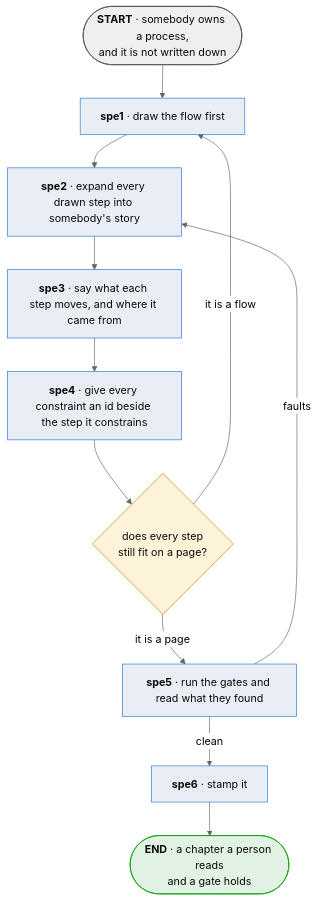
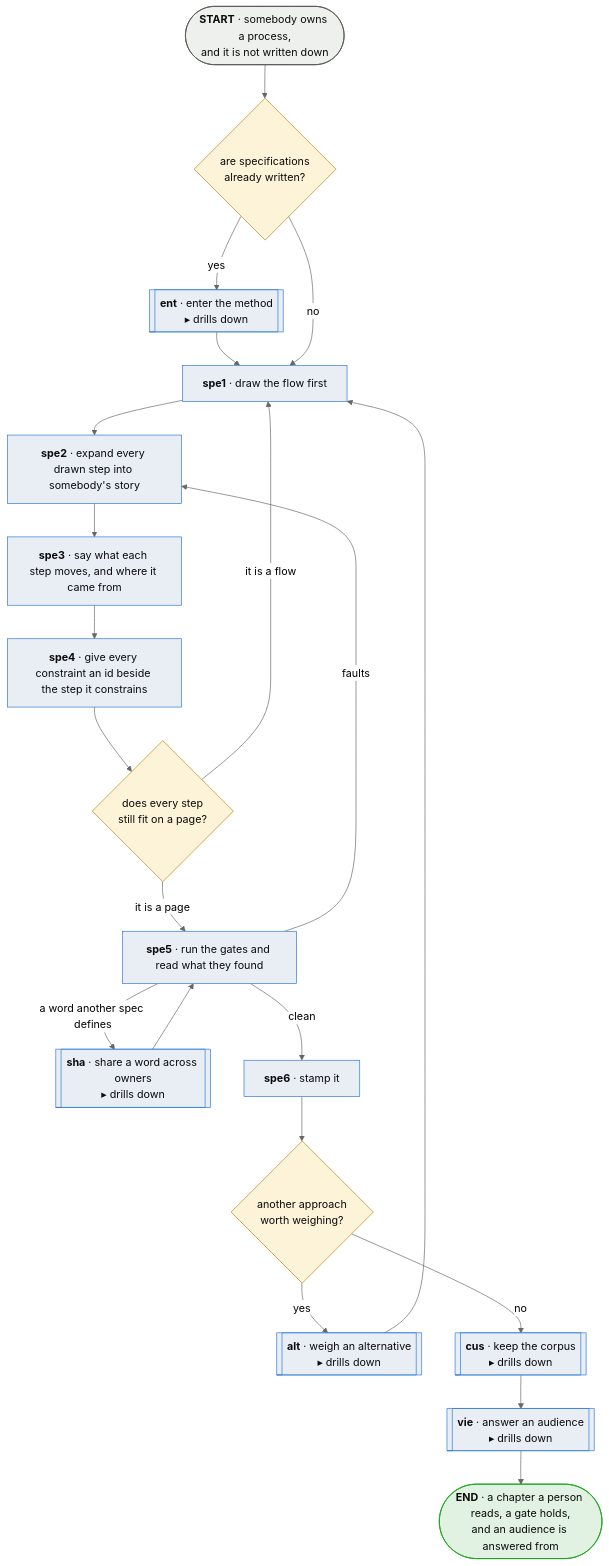
Before and after one commit to plumbspec/goldspec: the diagram in spec/diagrams/spe-specify-a-process.md, drawn with Mermaid (neutral theme). The commit also changed other lines of this file and 9 other files, not shown here.

````diff
--- a/spec/diagrams/spe-specify-a-process.md
+++ b/spec/diagrams/spe-specify-a-process.md
@@ -10,25 +14,40 @@
 ```mermaid
 flowchart TD
     IN([<b>START</b> · somebody owns a process,<br/>and it is not written down]):::terminal
+
+    EXISTQ{are specifications<br/>already written?}:::question
+    ENT[[<b>ent</b> · enter the method<br/>▸ drills down]]:::subroutine
 
     DRAW[<b>spe1</b> · draw the flow first]:::process
     STORY[<b>spe2</b> · expand every drawn step into somebody's story]:::process
     MOVES[<b>spe3</b> · say what each step moves, and where it came from]:::process
     CONSTRAIN[<b>spe4</b> · give every constraint an id beside the step it constrains]:::process
     FITS{does every step<br/>still fit on a page?}:::question
     GATE[<b>spe5</b> · run the gates and read what they found]:::process
+    SHA[[<b>sha</b> · share a word across owners<br/>▸ drills down]]:::subroutine
     STAMP[<b>spe6</b> · stamp it]:::process
+    ALTQ{another approach<br/>worth weighing?}:::question
+    ALT[[<b>alt</b> · weigh an alternative<br/>▸ drills down]]:::subroutine
+    CUS[[<b>cus</b> · keep the corpus<br/>▸ drills down]]:::subroutine
+    VIE[[<b>vie</b> · answer an audience<br/>▸ drills down]]:::subroutine
 
-    OUT([<b>END</b> · a chapter a person reads<br/>and a gate holds]):::good
+    OUT([<b>END</b> · a chapter a person reads, a gate holds,<br/>and an audience is answered from]):::good
 
-    IN --> DRAW --> STORY --> MOVES --> CONSTRAIN --> FITS
+    IN --> EXISTQ
+    EXISTQ -->|yes| ENT --> DRAW
+    EXISTQ -->|no| DRAW
+    DRAW --> STORY --> MOVES --> CONSTRAIN --> FITS
     FITS -->|it is a page| GATE
     FITS -->|it is a flow| DRAW
     GATE -->|faults| STORY
-    GATE -->|clean| STAMP --> OUT
+    GATE -->|a word another spec defines| SHA --> GATE
+    GATE -->|clean| STAMP --> ALTQ
+    ALTQ -->|yes| ALT --> DRAW
+    ALTQ -->|no| CUS --> VIE --> OUT
 
     classDef terminal fill:#eef0ee,stroke:#52514e,color:#0b0b0b;
     classDef process fill:#e9eef5,stroke:#2a78d6,color:#0b0b0b;
+    classDef subroutine fill:#e9eef5,stroke:#2a78d6,color:#0b0b0b;
     classDef question fill:#fdf3d8,stroke:#b8860b,color:#0b0b0b;
     classDef good fill:#e2f2e2,stroke:#0ca30c,color:#0b0b0b;
 ```
````
